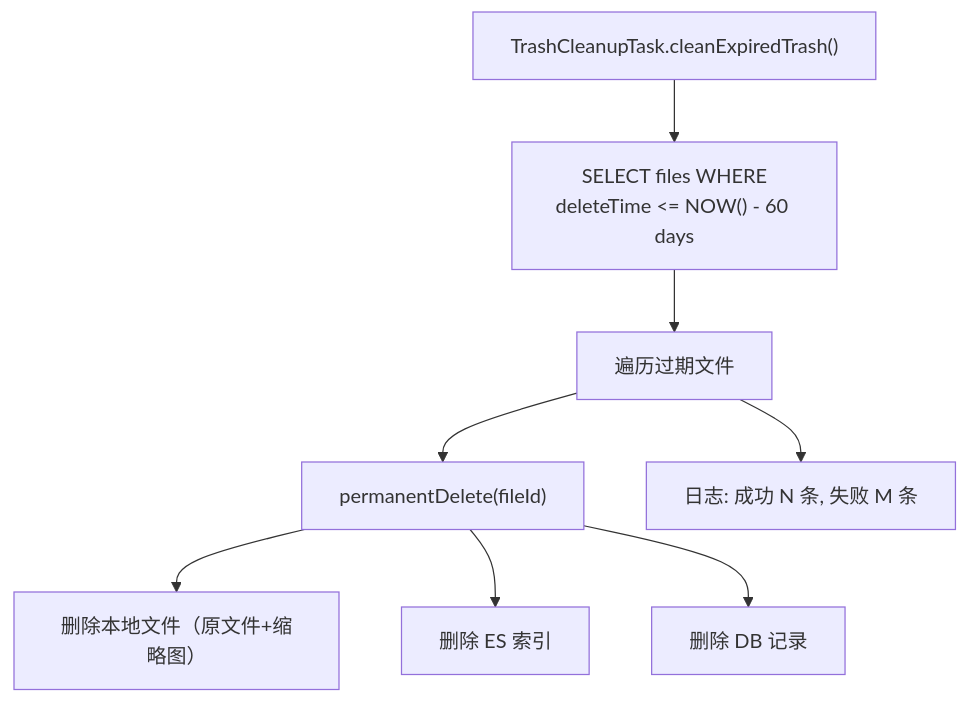
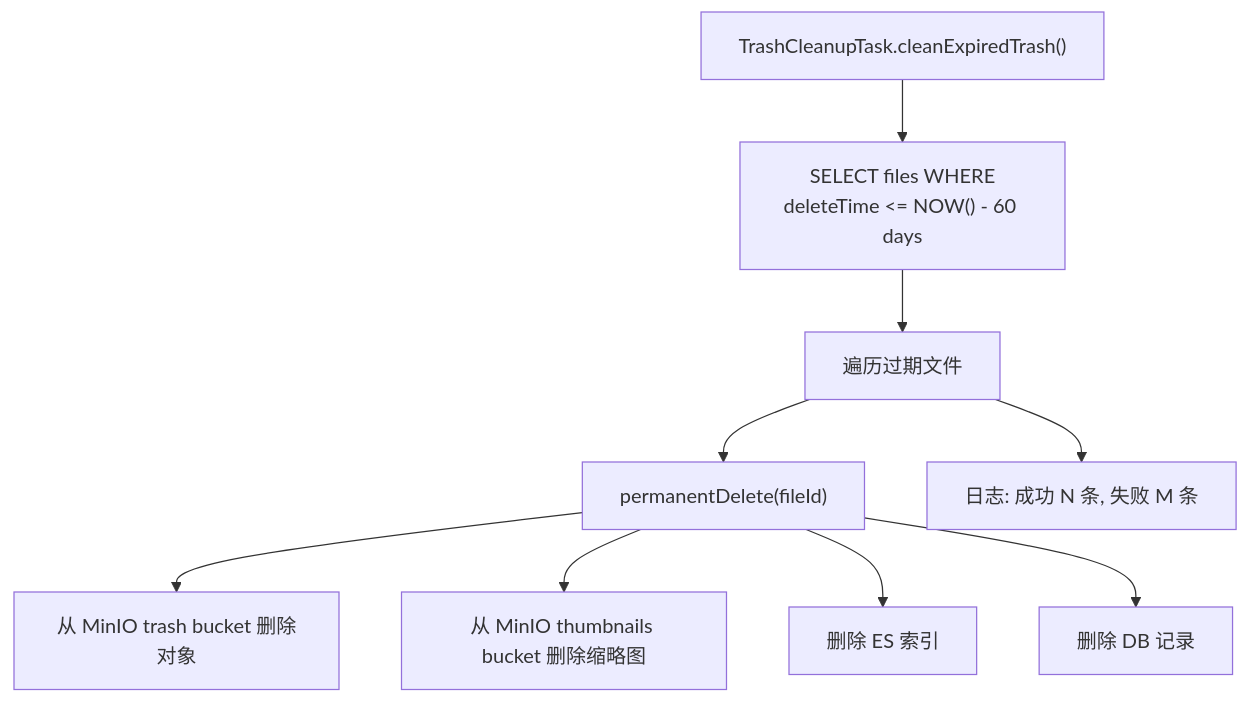
One commit to AfterMaxQ/AllahPan changed the eighth of 10 diagrams in docs/architecture/04-file-operations.md. Above: the diagram before and after it, drawn with Mermaid. The commit also changed other lines of this file and 24 other files, not shown here.

````diff
--- a/docs/architecture/04-file-operations.md
+++ b/docs/architecture/04-file-operations.md
@@ -170,10 +167,11 @@
 ```mermaid
 flowchart TD
     A["TrashCleanupTask.cleanExpiredTrash()"] --> B["SELECT files WHERE<br/>deleteTime <= NOW() - 60 days"]
     B --> C["遍历过期文件"]
     C --> D["permanentDelete(fileId)"]
-    D --> E["删除本地文件（原文件+缩略图）"]
-    D --> F["删除 ES 索引"]
-    D --> G["删除 DB 记录"]
+    D --> E["从 MinIO trash bucket 删除对象"]
+    D --> F["从 MinIO thumbnails bucket 删除缩略图"]
+    D --> G["删除 ES 索引"]
+    D --> H["删除 DB 记录"]
     C --> I["日志: 成功 N 条, 失败 M 条"]
 ```
````
